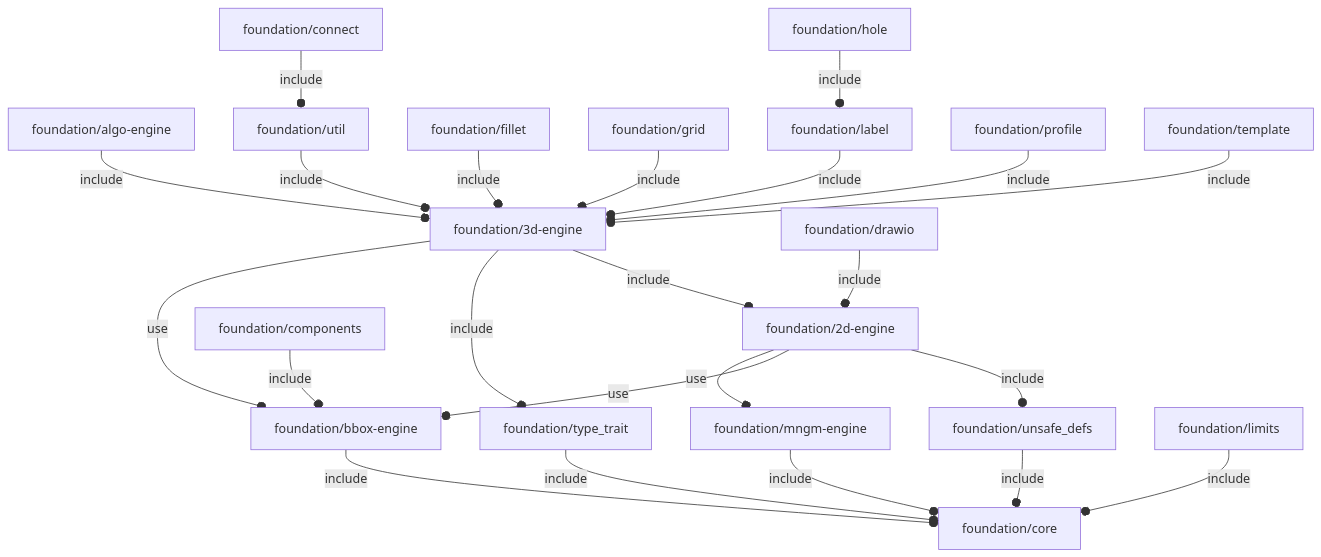
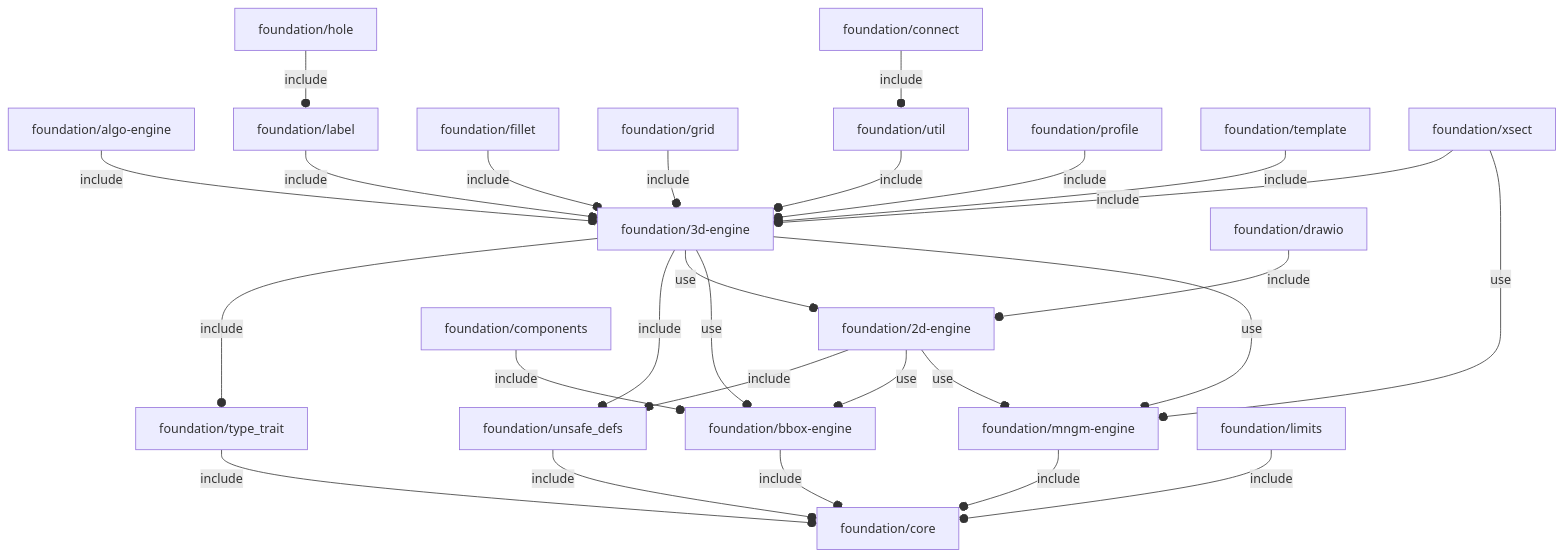
Before and after one commit to ggabbiani/OFL: the diagram in orthodocs/foundation/deps.md, drawn with Mermaid. The commit also changed 16 other files, not shown here.

````diff
--- a/orthodocs/foundation/deps.md
+++ b/orthodocs/foundation/deps.md
@@ -3,26 +3,30 @@
 ```mermaid
 graph TD
     A1[foundation/2d-engine] --o|include| A2[foundation/unsafe_defs]
     A1 --o|use| A3[foundation/bbox-engine]
     A1 --o|use| A4[foundation/mngm-engine]
-    A5[foundation/3d-engine] --o|include| A1
-    A5 --o|include| A6[foundation/type_trait]
+    A5[foundation/3d-engine] --o|include| A6[foundation/type_trait]
+    A5 --o|include| A2
+    A5 --o|use| A1
     A5 --o|use| A3
+    A5 --o|use| A4
     A7[foundation/algo-engine] --o|include| A5
     A3 --o|include| A8[foundation/core]
     A9[foundation/components] --o|include| A3
     A10[foundation/connect] --o|include| A11[foundation/util]
     A8
     A12[foundation/drawio] --o|include| A1
     A13[foundation/fillet] --o|include| A5
     A14[foundation/grid] --o|include| A5
     A15[foundation/hole] --o|include| A16[foundation/label]
     A16 --o|include| A5
     A17[foundation/limits] --o|include| A8
     A4 --o|include| A8
     A18[foundation/profile] --o|include| A5
     A19[foundation/template] --o|include| A5
     A6 --o|include| A8
     A2 --o|include| A8
     A11 --o|include| A5
+    A20[foundation/xsect] --o|include| A5
+    A20 --o|use| A4
 ```
````
